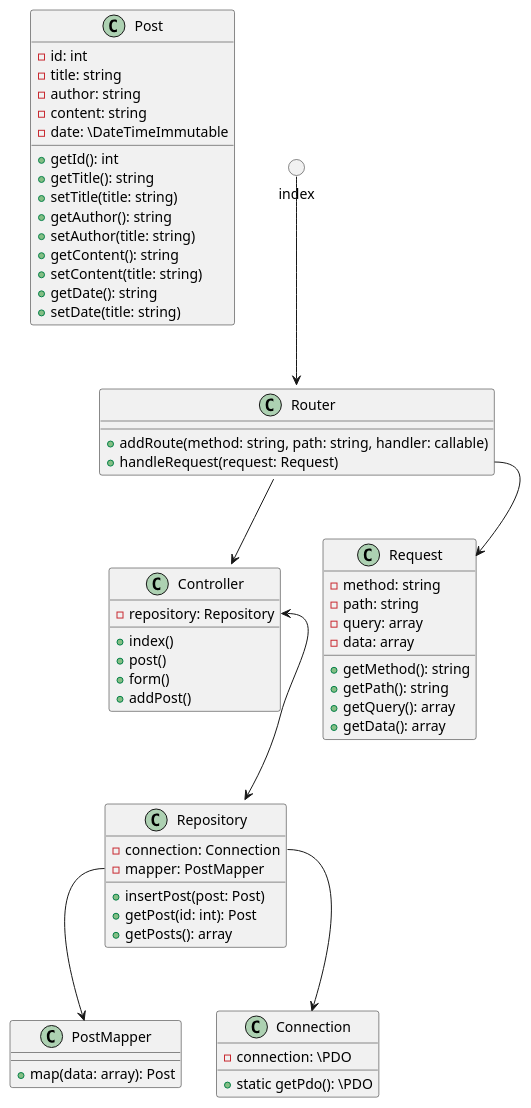
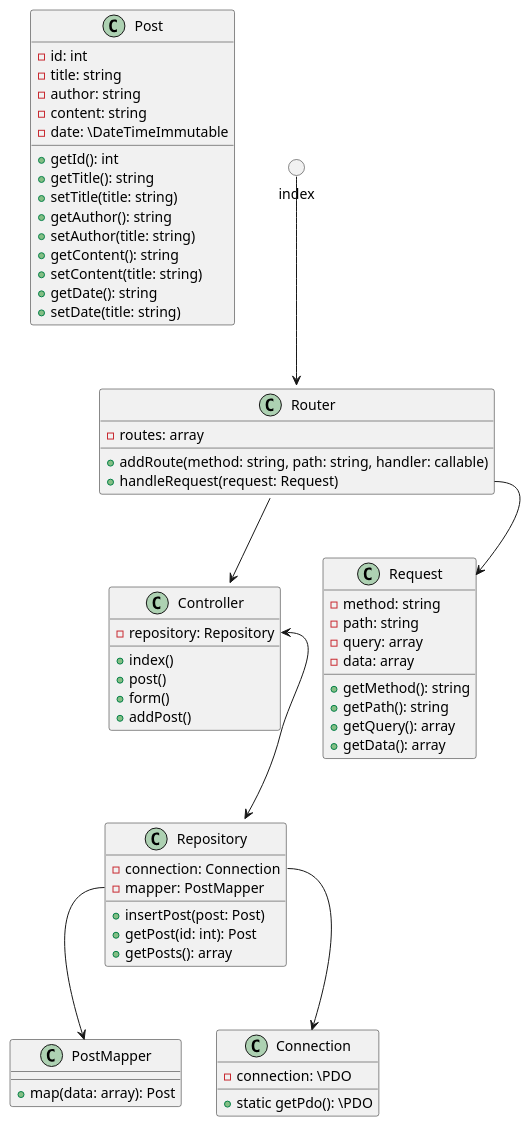
The diagram in blog.puml (Tiriel/training-11-12-23), drawn with PlantUML before and after one commit. The commit also changed 6 other files, not shown here.

```diff
--- a/blog.puml
+++ b/blog.puml
@@ -1,71 +1,72 @@
 @startuml
 'https://plantuml.com/class-diagram
 
 class Post {
     - id: int
     - title: string
     - author: string
     - content: string
     - date: \DateTimeImmutable
     + getId(): int
     + getTitle(): string
     + setTitle(title: string)
     + getAuthor(): string
     + setAuthor(title: string)
     + getContent(): string
     + setContent(title: string)
     + getDate(): string
     + setDate(title: string)
 }
 
 class PostMapper {
     + map(data: array): Post
 }
 
 class Connection {
     - connection: \PDO
     + static getPdo(): \PDO
 }
 
 class Repository {
     - connection: Connection
     - mapper: PostMapper
     + insertPost(post: Post)
     + getPost(id: int): Post
     + getPosts(): array
 }
 
 class Controller {
     - repository: Repository
     + index()
     + post()
     + form()
     + addPost()
 }
 
 class Request {
     - method: string
     - path: string
     - query: array
     - data: array
     + getMethod(): string
     + getPath(): string
     + getQuery(): array
     + getData(): array
 }
 
 class Router {
+    - routes: array
     + addRoute(method: string, path: string, handler: callable)
     + handleRequest(request: Request)
 }
 
 () index
 
 Repository::mapper --> PostMapper
 Repository::connection --> Connection
 Controller::repository <--> Repository
 Router::handleRequest --> Request
 Router --> Controller
 index --> Router
 
 @enduml
```
